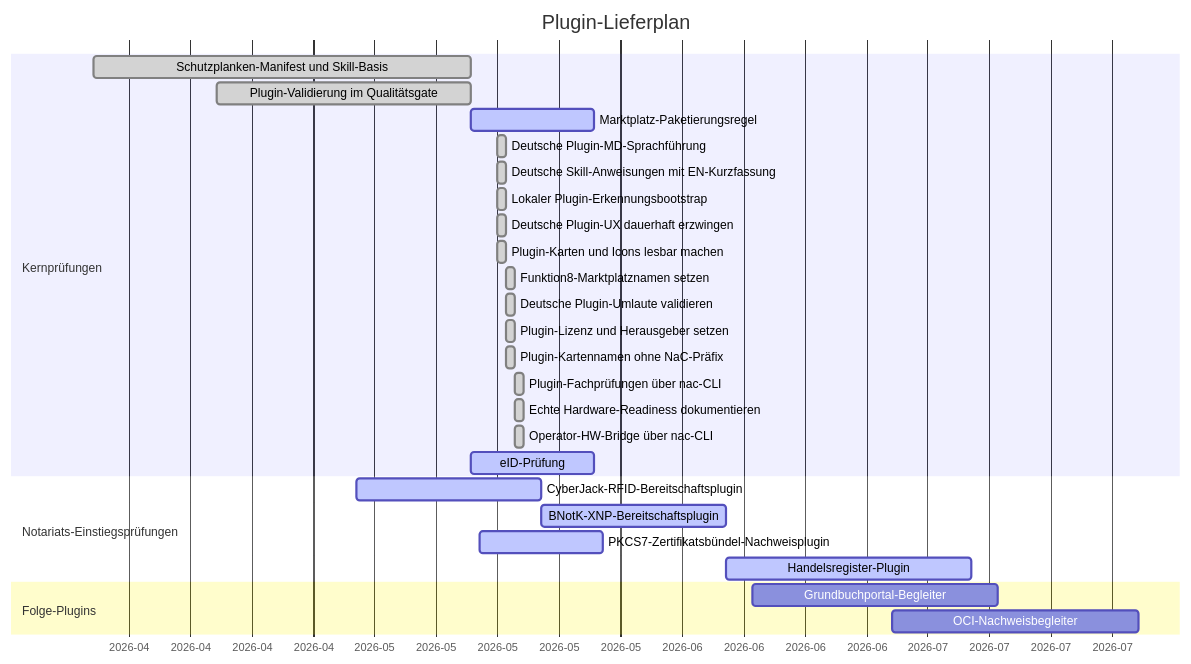
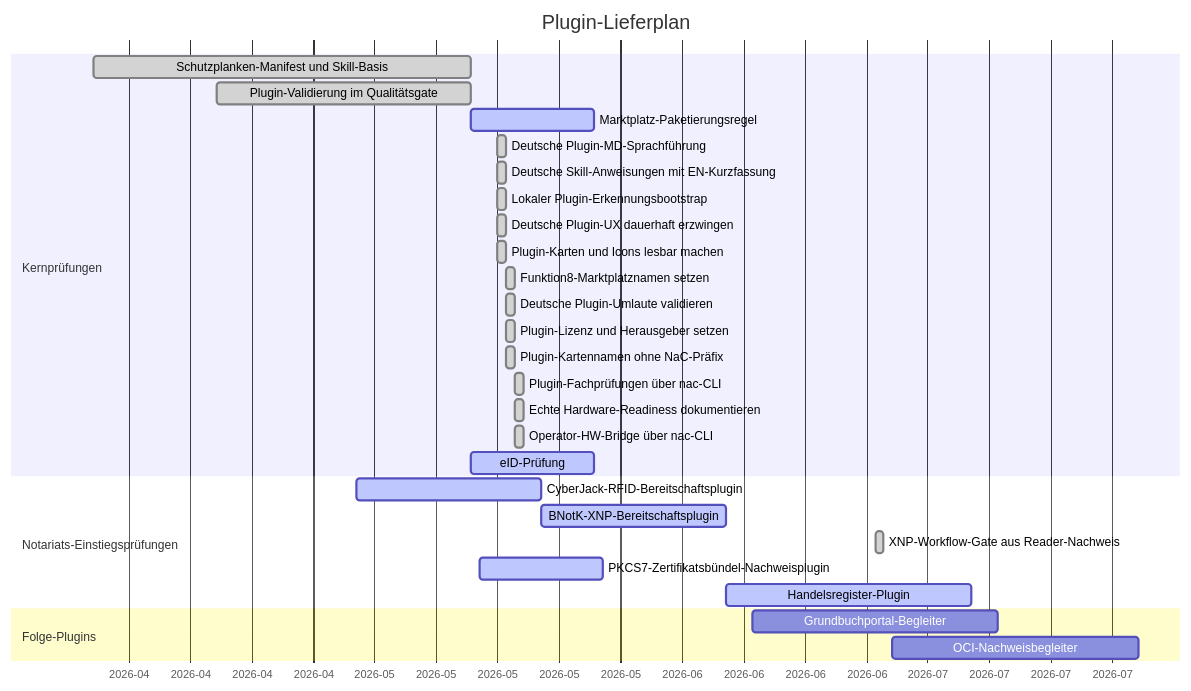
The diagram in plugins/GANTT.md (notariat8/NaC), drawn with Mermaid before and after one commit. The commit also changed other lines of this file and 12 other files, not shown here.

Commit message:
Add XNP reader workflow gate

````diff
--- a/plugins/GANTT.md
+++ b/plugins/GANTT.md
@@ -5,34 +5,35 @@
 ```mermaid
 gantt
     title Plugin-Lieferplan
     dateFormat  YYYY-MM-DD
     axisFormat  %Y-%m
 
     section Kernprüfungen
     Schutzplanken-Manifest und Skill-Basis     :done,   p1, 2026-04-01, 2026-05-14
     Plugin-Validierung im Qualitätsgate       :done,   p2, 2026-04-15, 2026-05-14
     Marktplatz-Paketierungsregel               :active, p3, 2026-05-14, 14d
     Deutsche Plugin-MD-Sprachführung          :done,   p3a, 2026-05-17, 1d
     Deutsche Skill-Anweisungen mit EN-Kurzfassung :done, p3b, 2026-05-17, 1d
     Lokaler Plugin-Erkennungsbootstrap          :done,   p3c, 2026-05-17, 1d
     Deutsche Plugin-UX dauerhaft erzwingen      :done,   p3d, 2026-05-17, 1d
     Plugin-Karten und Icons lesbar machen       :done,   p3e, 2026-05-17, 1d
     Funktion8-Marktplatznamen setzen            :done,   p3f, 2026-05-18, 1d
     Deutsche Plugin-Umlaute validieren           :done,   p3g, 2026-05-18, 1d
     Plugin-Lizenz und Herausgeber setzen         :done,   p3h, 2026-05-18, 1d
     Plugin-Kartennamen ohne NaC-Präfix           :done,   p3i, 2026-05-18, 1d
     Plugin-Fachprüfungen über nac-CLI            :done,   p3j, 2026-05-19, 1d
     Echte Hardware-Readiness dokumentieren       :done,   p3k, 2026-05-19, 1d
     Operator-HW-Bridge über nac-CLI              :done,   p3l, 2026-05-19, 1d
     eID-Prüfung                            :active, p4, 2026-05-14, 14d
 
     section Notariats-Einstiegsprüfungen
     CyberJack-RFID-Bereitschaftsplugin         :active, p5, 2026-05-01, 21d
     BNotK-XNP-Bereitschaftsplugin              :active, p6, after p5, 21d
+    XNP-Workflow-Gate aus Reader-Nachweis      :done,   p6b, 2026-06-29, 1d
     PKCS7-Zertifikatsbündel-Nachweisplugin    :active, p6a, 2026-05-15, 14d
     Handelsregister-Plugin                     :active, p7, after p6, 28d
 
     section Folge-Plugins
     Grundbuchportal-Begleiter                  :        p9, 2026-06-15, 28d
     OCI-Nachweisbegleiter                      :        p11, 2026-07-01, 28d
 ```
````
